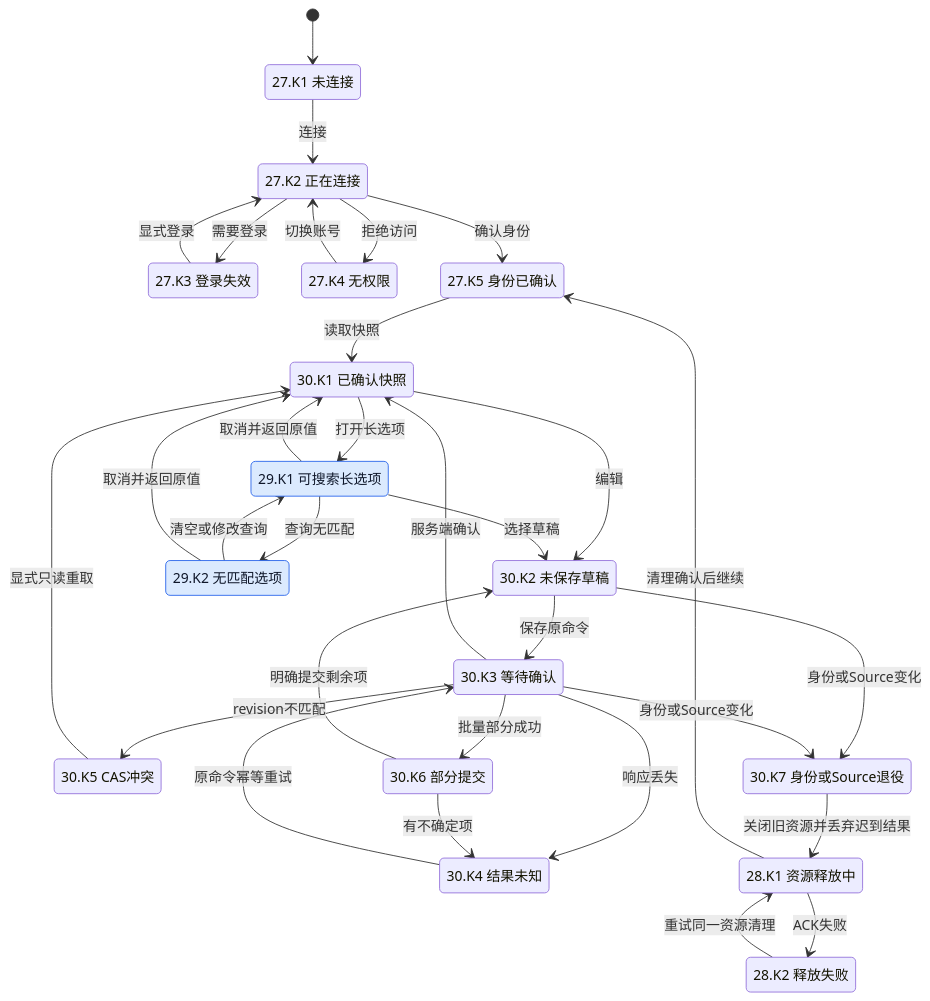
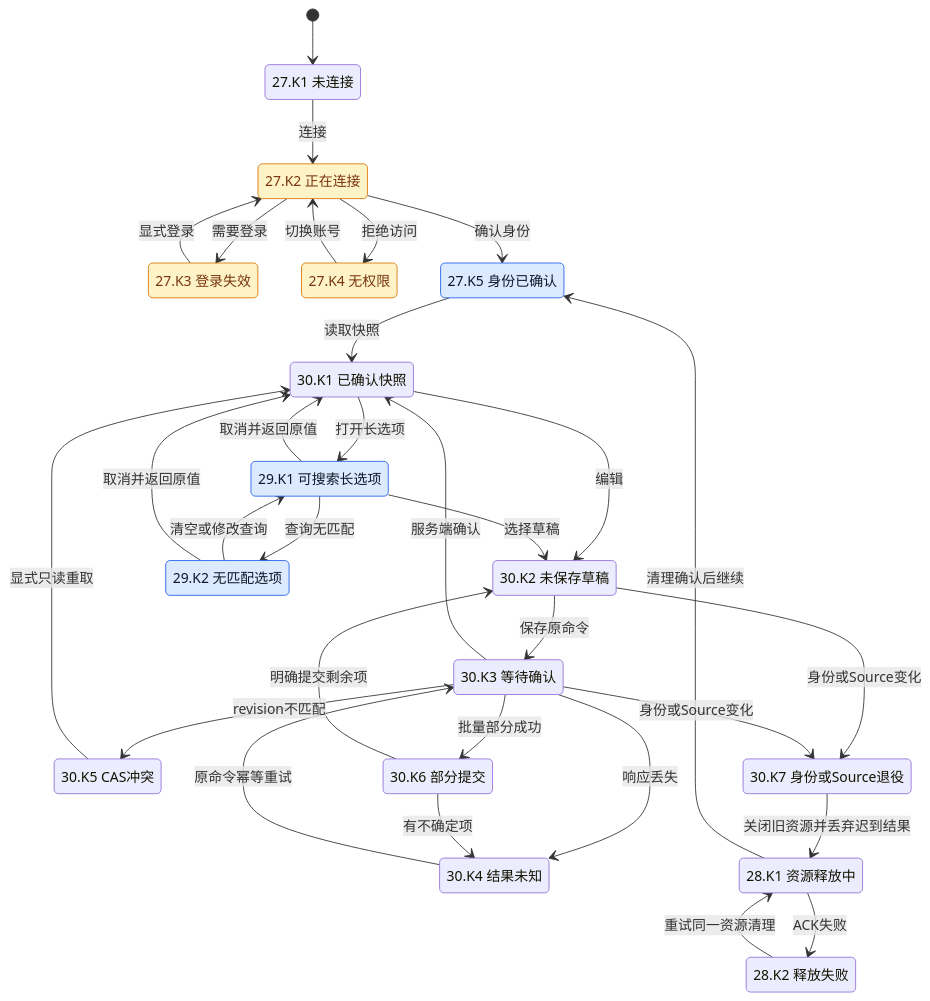
The seventh of 20 diagrams in docs/verification/mihon-state-coverage.md (Wybxc/karuyomi), drawn with Mermaid before and after one commit. The commit also changed other lines of this file and 8 other files, not shown here.

````diff
--- a/docs/verification/mihon-state-coverage.md
+++ b/docs/verification/mihon-state-coverage.md
@@ -806,51 +806,53 @@
 ```mermaid
 stateDiagram-v2
     [*] --> K0
     state "27.K1 未连接" as K0
     state "27.K2 正在连接" as K1
     state "27.K3 登录失效" as K2
     state "27.K4 无权限" as K3
     state "27.K5 身份已确认" as K4
     state "30.K1 已确认快照" as K5
     state "30.K2 未保存草稿" as K6
     state "30.K3 等待确认" as K7
     state "30.K4 结果未知" as K8
     state "30.K5 CAS冲突" as K9
     state "30.K6 部分提交" as K10
     state "30.K7 身份或Source退役" as K11
     state "28.K1 资源释放中" as K12
     state "28.K2 释放失败" as K13
     state "29.K1 可搜索长选项" as Q0
     state "29.K2 无匹配选项" as Q1
     K0 --> K1: 连接
     K1 --> K2: 需要登录
     K1 --> K3: 拒绝访问
     K1 --> K4: 确认身份
     K2 --> K1: 显式登录
     K3 --> K1: 切换账号
     K4 --> K5: 读取快照
     K5 --> K6: 编辑
     K6 --> K7: 保存原命令
     K7 --> K5: 服务端确认
     K7 --> K8: 响应丢失
     K8 --> K7: 原命令幂等重试
     K7 --> K9: revision不匹配
     K9 --> K5: 显式只读重取
     K7 --> K10: 批量部分成功
     K10 --> K8: 有不确定项
     K10 --> K6: 明确提交剩余项
     K6 --> K11: 身份或Source变化
     K7 --> K11: 身份或Source变化
     K11 --> K12: 关闭旧资源并丢弃迟到结果
     K12 --> K13: ACK失败
     K13 --> K12: 重试同一资源清理
     K12 --> K4: 清理确认后继续
     K5 --> Q0: 打开长选项
     Q0 --> Q1: 查询无匹配
     Q1 --> Q0: 清空或修改查询
     Q0 --> K6: 选择草稿
     Q0 --> K5: 取消并返回原值
     Q1 --> K5: 取消并返回原值
     classDef paired fill:#dbeafe,stroke:#2563eb,color:#0f172a
-    class Q0,Q1 paired
+    class K4,Q0,Q1 paired
+    classDef partial fill:#fef3c7,stroke:#d97706,color:#78350f
+    class K1,K2,K3 partial
 ```
````
